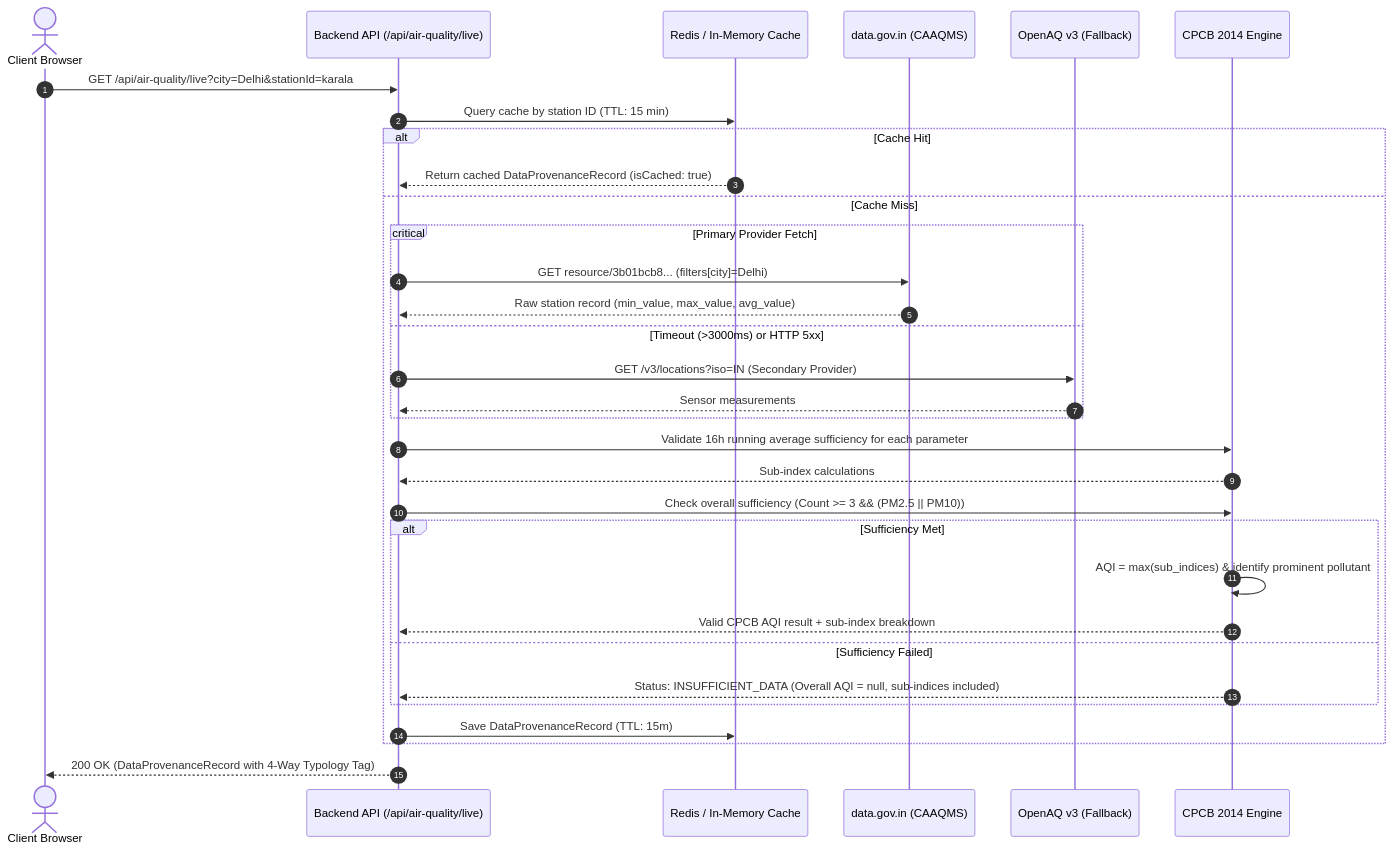
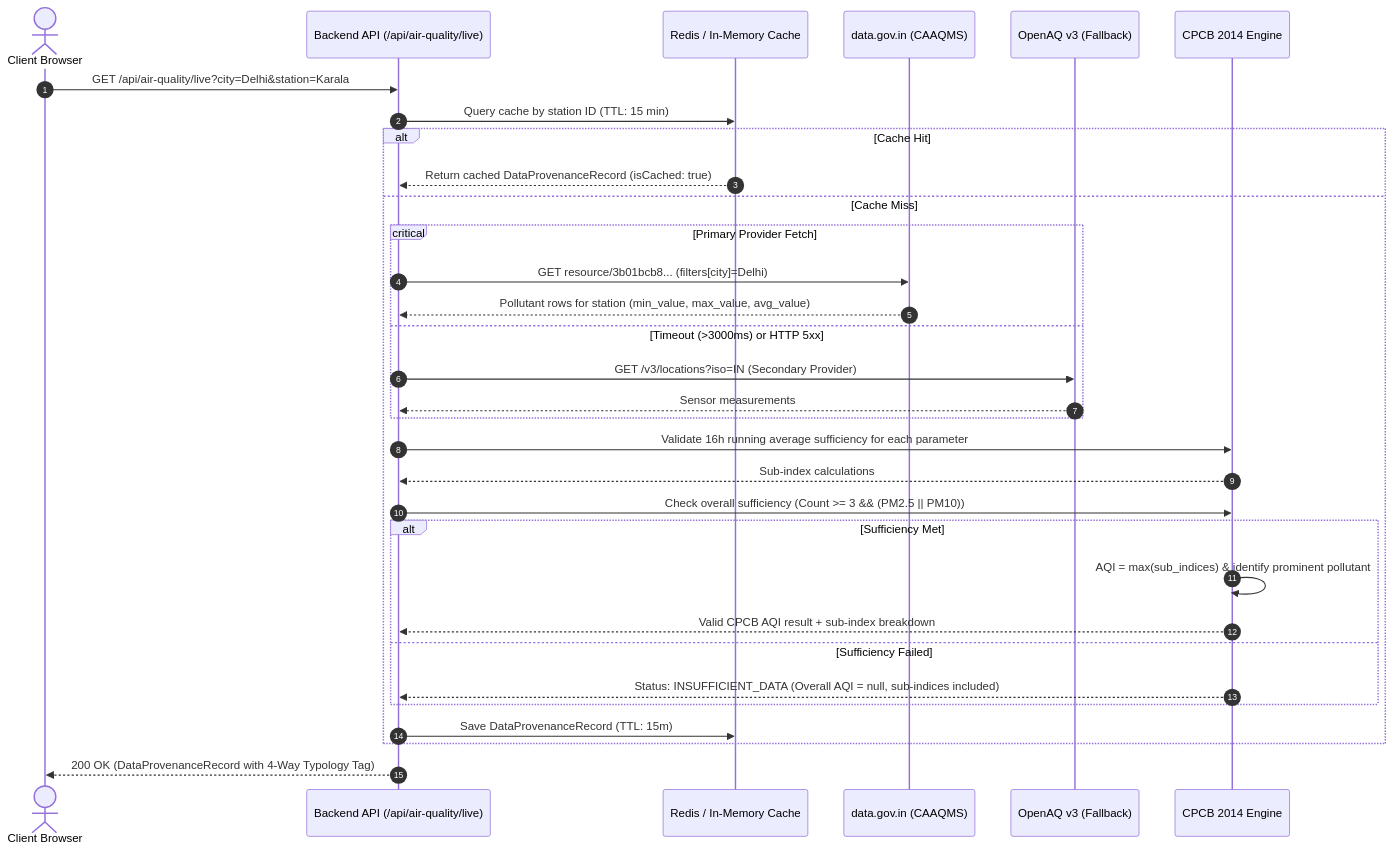
One commit to agnidiptasarkar123-dev/prompt_6 changed the second of 2 diagrams in docs/architecture.md. Above: the diagram before and after it, drawn with Mermaid. The commit also changed other lines of this file and 5 other files, not shown here.

Commit message:
docs: finalize Phase 0 architecture baseline with CPCB record semantics, OSM terms, and Next.js 16.x specifications

````diff
--- a/docs/architecture.md
+++ b/docs/architecture.md
@@ -142,35 +146,35 @@
 ```mermaid
 sequenceDiagram
     autonumber
     actor User as Client Browser
     participant BFF as Backend API (/api/air-quality/live)
     participant Cache as Redis / In-Memory Cache
     participant CPCB as data.gov.in (CAAQMS)
     participant OpenAQ as OpenAQ v3 (Fallback)
     participant Calc as CPCB 2014 Engine
 
-    User->>BFF: GET /api/air-quality/live?city=Delhi&stationId=karala
+    User->>BFF: GET /api/air-quality/live?city=Delhi&station=Karala
     BFF->>Cache: Query cache by station ID (TTL: 15 min)
     alt Cache Hit
         Cache-->>BFF: Return cached DataProvenanceRecord (isCached: true)
     else Cache Miss
         critical Primary Provider Fetch
             BFF->>CPCB: GET resource/3b01bcb8... (filters[city]=Delhi)
-            CPCB-->>BFF: Raw station record (min_value, max_value, avg_value)
+            CPCB-->>BFF: Pollutant rows for station (min_value, max_value, avg_value)
         option Timeout (>3000ms) or HTTP 5xx
             BFF->>OpenAQ: GET /v3/locations?iso=IN (Secondary Provider)
             OpenAQ-->>BFF: Sensor measurements
         end
         BFF->>Calc: Validate 16h running average sufficiency for each parameter
         Calc-->>BFF: Sub-index calculations
         BFF->>Calc: Check overall sufficiency (Count >= 3 && (PM2.5 || PM10))
         alt Sufficiency Met
             Calc->>Calc: AQI = max(sub_indices) & identify prominent pollutant
             Calc-->>BFF: Valid CPCB AQI result + sub-index breakdown
         else Sufficiency Failed
             Calc-->>BFF: Status: INSUFFICIENT_DATA (Overall AQI = null, sub-indices included)
         end
         BFF->>Cache: Save DataProvenanceRecord (TTL: 15m)
     end
     BFF-->>User: 200 OK (DataProvenanceRecord with 4-Way Typology Tag)
 ```
````
